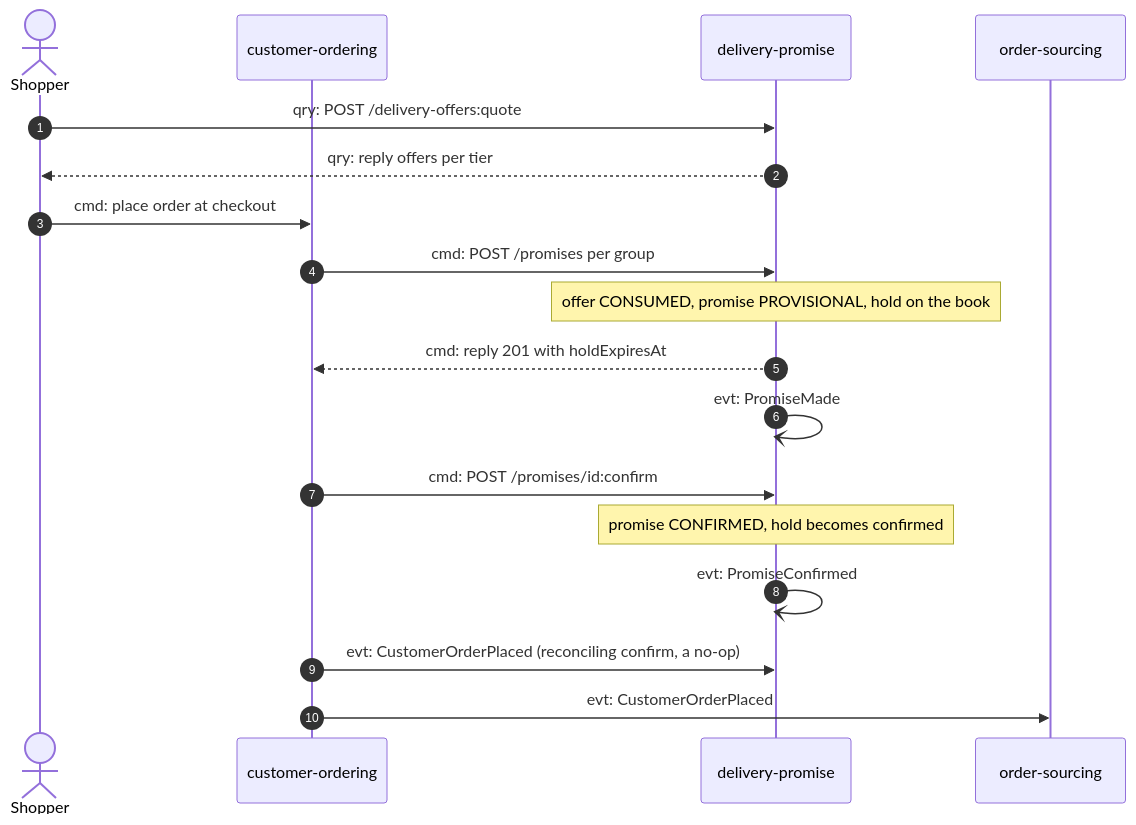
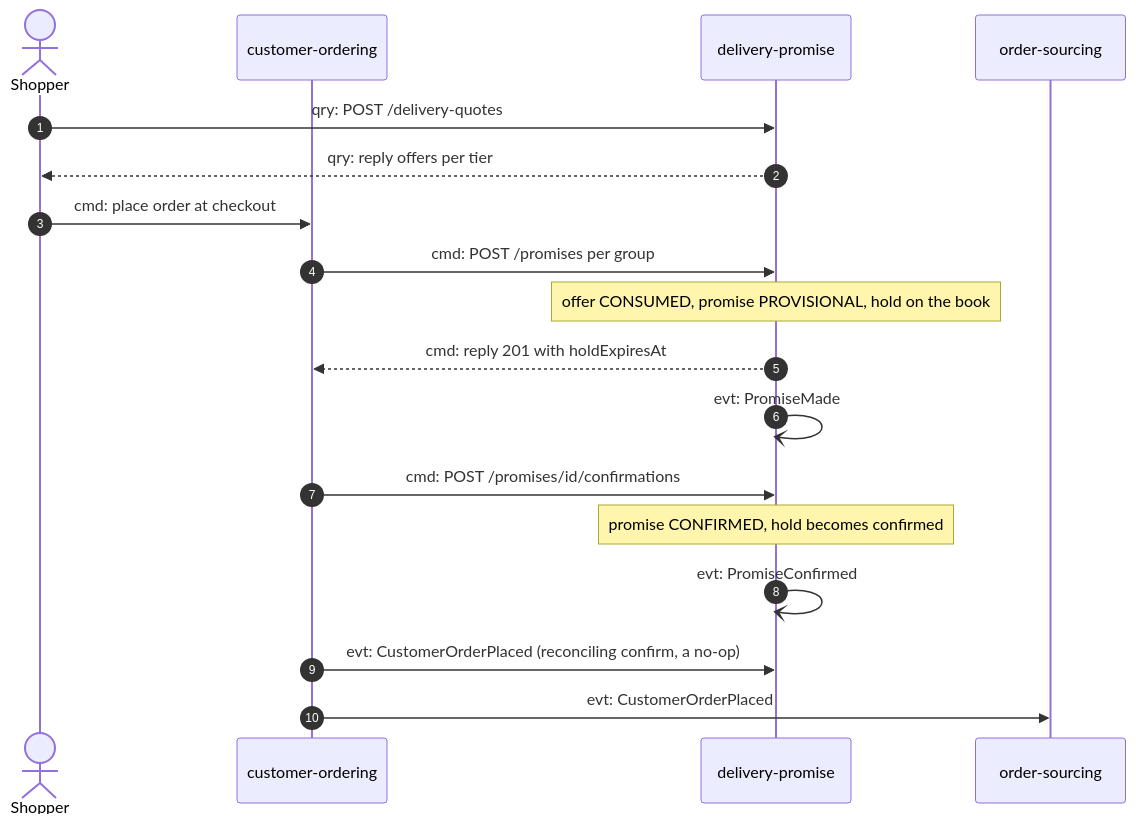
Before and after one commit to IQVO/delivery-promise: the first of 6 diagrams in docs/docs/ddd/domain-message-flow.md, drawn with Mermaid. The commit also changed other lines of this file and 31 other files, not shown here.

````diff
--- a/docs/docs/ddd/domain-message-flow.md
+++ b/docs/docs/ddd/domain-message-flow.md
@@ -16,20 +16,20 @@
 ```mermaid
 sequenceDiagram
   autonumber
   actor SH as Shopper
   participant CO as customer-ordering
   participant DP as delivery-promise
   participant OS as order-sourcing
-  SH->>DP: qry: POST /delivery-offers:quote
+  SH->>DP: qry: POST /delivery-quotes
   DP-->>SH: qry: reply offers per tier
   SH->>CO: cmd: place order at checkout
   CO->>DP: cmd: POST /promises per group
   Note over DP: offer CONSUMED, promise PROVISIONAL, hold on the book
   DP-->>CO: cmd: reply 201 with holdExpiresAt
   DP-)DP: evt: PromiseMade
-  CO->>DP: cmd: POST /promises/id:confirm
+  CO->>DP: cmd: POST /promises/id/confirmations
   Note over DP: promise CONFIRMED, hold becomes confirmed
   DP-)DP: evt: PromiseConfirmed
   CO->>DP: evt: CustomerOrderPlaced (reconciling confirm, a no-op)
   CO->>OS: evt: CustomerOrderPlaced
 ```
````
